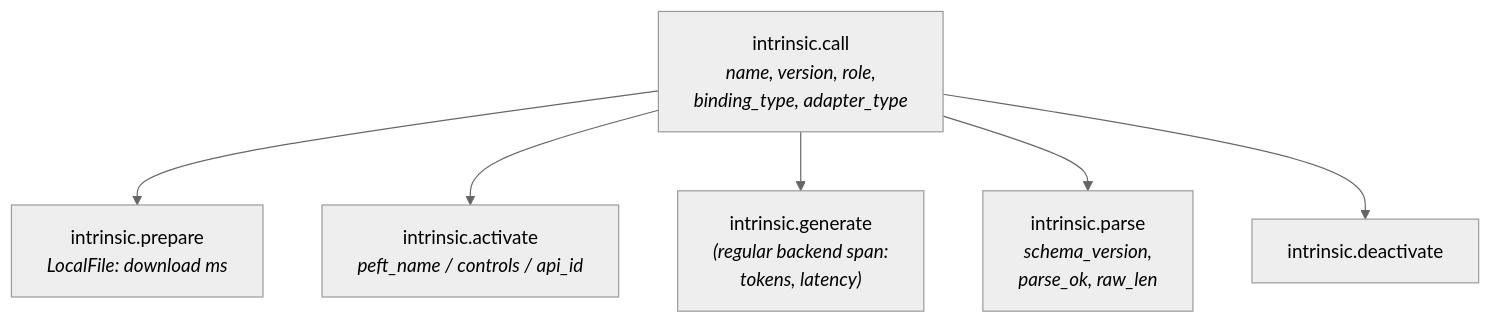
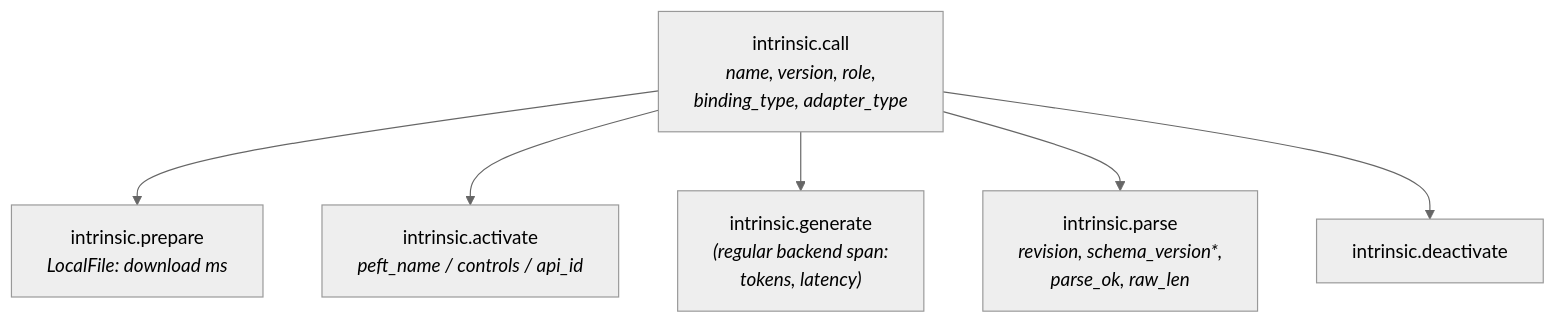
One commit to generative-computing/mellea changed the third of 3 diagrams in docs/dev/proposals/929-adapter-lifecycle.md. Above: the diagram before and after it, drawn with Mermaid (neutral theme). The commit also changed other lines of this file, not shown here.

````diff
--- a/docs/dev/proposals/929-adapter-lifecycle.md
+++ b/docs/dev/proposals/929-adapter-lifecycle.md
@@ -416,9 +416,9 @@
 ```mermaid
 graph TD
     root["intrinsic.call<br/><i>name, version, role,<br/>binding_type, adapter_type</i>"]
     root --> prep["intrinsic.prepare<br/><i>LocalFile: download ms</i>"]
     root --> act["intrinsic.activate<br/><i>peft_name / controls / api_id</i>"]
     root --> gen["intrinsic.generate<br/><i>(regular backend span:<br/>tokens, latency)</i>"]
-    root --> par["intrinsic.parse<br/><i>schema_version,<br/>parse_ok, raw_len</i>"]
+    root --> par["intrinsic.parse<br/><i>revision, schema_version*,<br/>parse_ok, raw_len</i>"]
     root --> deact["intrinsic.deactivate"]
 ```
````
